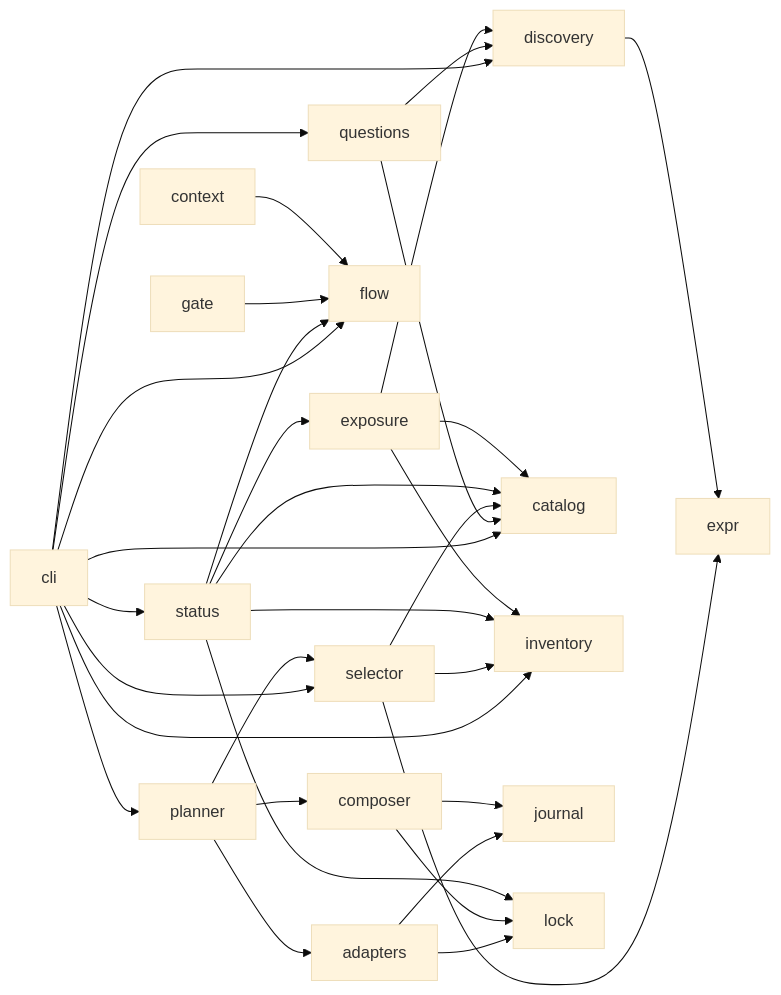
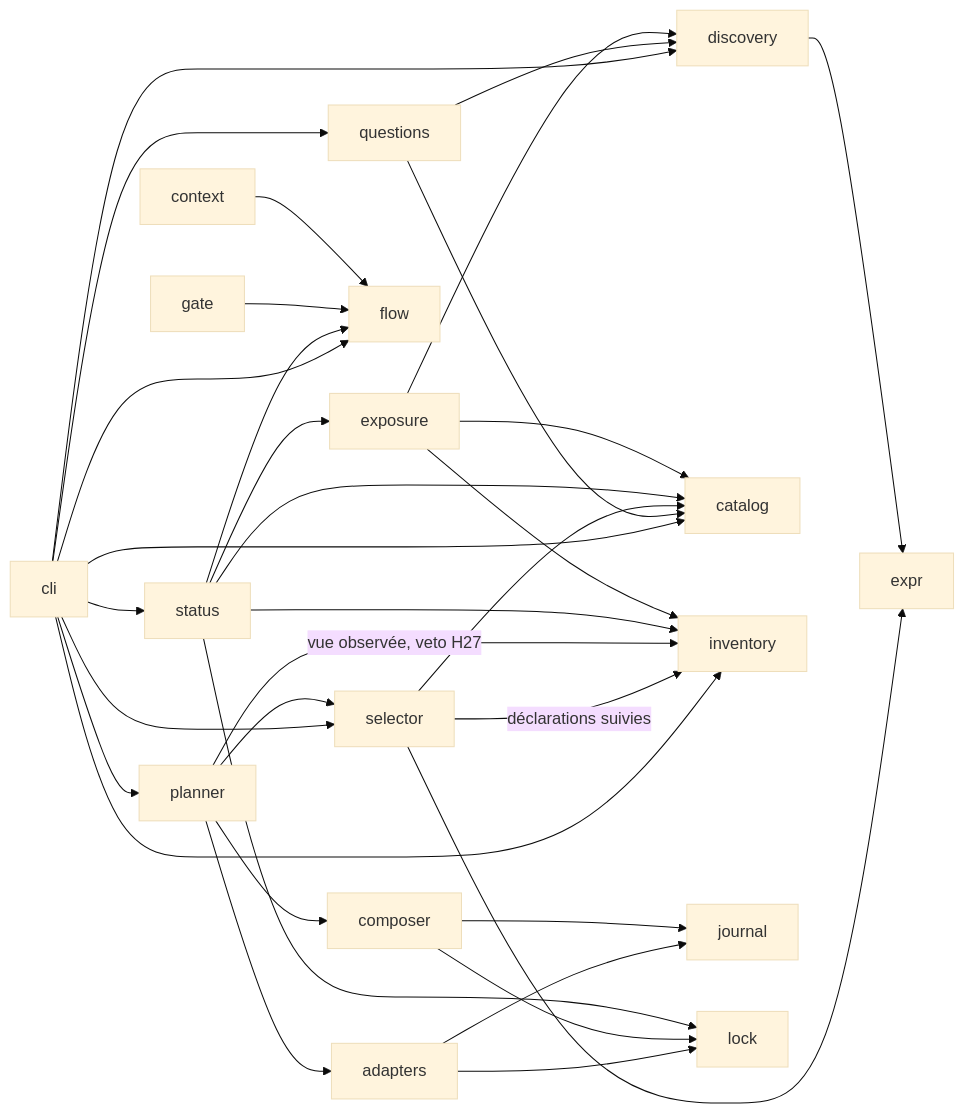
Before and after one commit to oraclexis/peo: the diagram in docs/design/spec/10-spec-overview.md, drawn with Mermaid (base theme). The commit also changed other lines of this file and 35 other files, not shown here.

````diff
--- a/docs/design/spec/10-spec-overview.md
+++ b/docs/design/spec/10-spec-overview.md
@@ -87,14 +94,16 @@
 ```mermaid
 flowchart LR
     cli --> discovery & catalog & inventory & questions & selector & planner & status & flow
     questions --> discovery & catalog
-    selector --> catalog & inventory & expr
+    selector --> catalog & expr
+    selector -- déclarations suivies --> inventory
     planner --> selector & adapters & composer
+    planner -- vue observée, veto H27 --> inventory
     adapters --> journal & lock
     composer --> journal & lock
     status --> inventory & lock & catalog & flow & exposure
     exposure --> discovery & inventory & catalog
     gate --> flow
     context --> flow
     discovery --> expr
 ```
````
